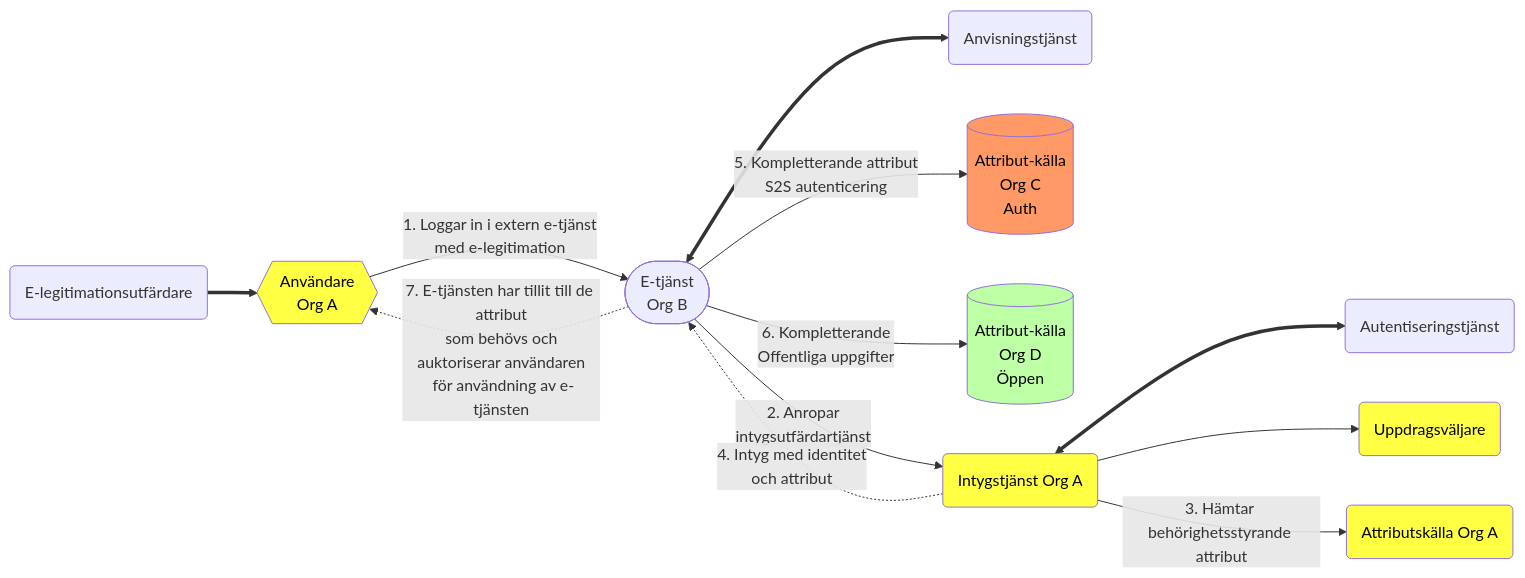
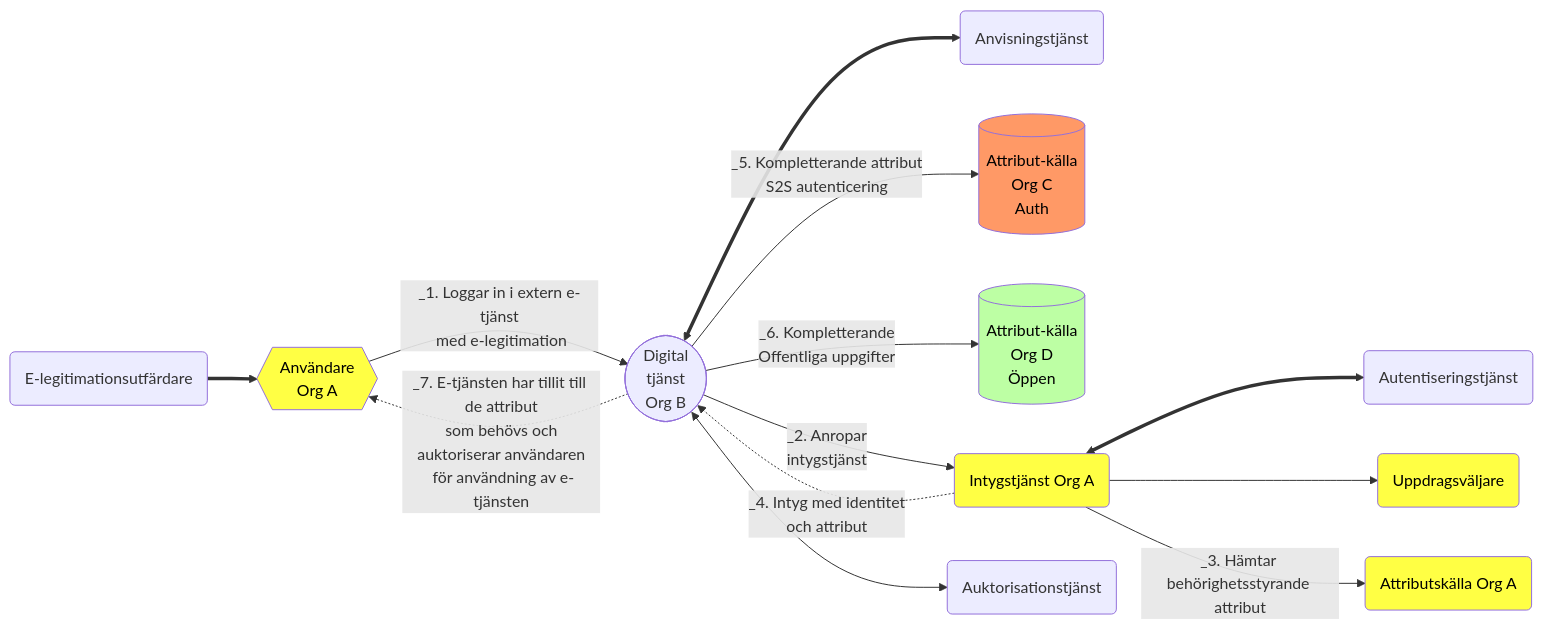
One commit to diggsweden/ena-authorization changed the diagram in architecture/technical-federation-architecture.md. Above: the diagram before and after it, drawn with Mermaid.

````diff
--- a/architecture/technical-federation-architecture.md
+++ b/architecture/technical-federation-architecture.md
@@ -3,27 +3,29 @@
 ```mermaid
 flowchart LR
 classDef Amber color:#000000,fill:#FFFF44
 classDef Green color:#000000,fill:#BDFFA4
 classDef orange color:#000000,fill:#f96
 A{{Användare<br>Org A}}:::Amber
-B([E-tjänst<br>Org B])
+B([Digital<br>tjänst<br>Org B])
 C(Anvisningstjänst)
 D[(Attribut-källa<br>Org C<br>Auth)]:::orange
 E[(Attribut-källa<br>Org D<br>Öppen)]:::Green
 F(Intygstjänst Org A):::Amber
 G(Autentiseringstjänst)
 H(Uppdragsväljare):::Amber
 I(Attributskälla Org A):::Amber
 J(E-legitimationsutfärdare)
+K(Auktorisationstjänst)
 J ==> A
-A -->|1. Loggar in i extern e-tjänst<br> med e-legitimation | B
+A -->|_1. Loggar in i extern e-tjänst<br> med e-legitimation | B
 B <==> C
-B --> |2. Anropar<br>intygsutfärdartjänst| F
+B --> |_2. Anropar<br>intygstjänst| F
 F <==> G
 F --> H
-F --> |3. Hämtar behörighetsstyrande attribut| I
-F -.-> |4. Intyg med identitet<br>och attribut| B
-B -->|5. Kompletterande attribut<br>S2S autenticering| D
-B --> |6. Kompletterande<br>Offentliga uppgifter| E
-B-.->|7. E-tjänsten har tillit till de attribut<br> som behövs och auktoriserar användaren<br> för användning av e-tjänsten |A
+F --> |_3. Hämtar behörighetsstyrande attribut| I
+F -.-> |_4. Intyg med identitet<br>och attribut| B
+B -->|_5. Kompletterande attribut<br>S2S autenticering| D
+B --> |_6. Kompletterande<br>Offentliga uppgifter| E
+B-.->|_7. E-tjänsten har tillit till de attribut<br> som behövs och auktoriserar användaren<br> för användning av e-tjänsten |A
+B<-->K
 ```
````
